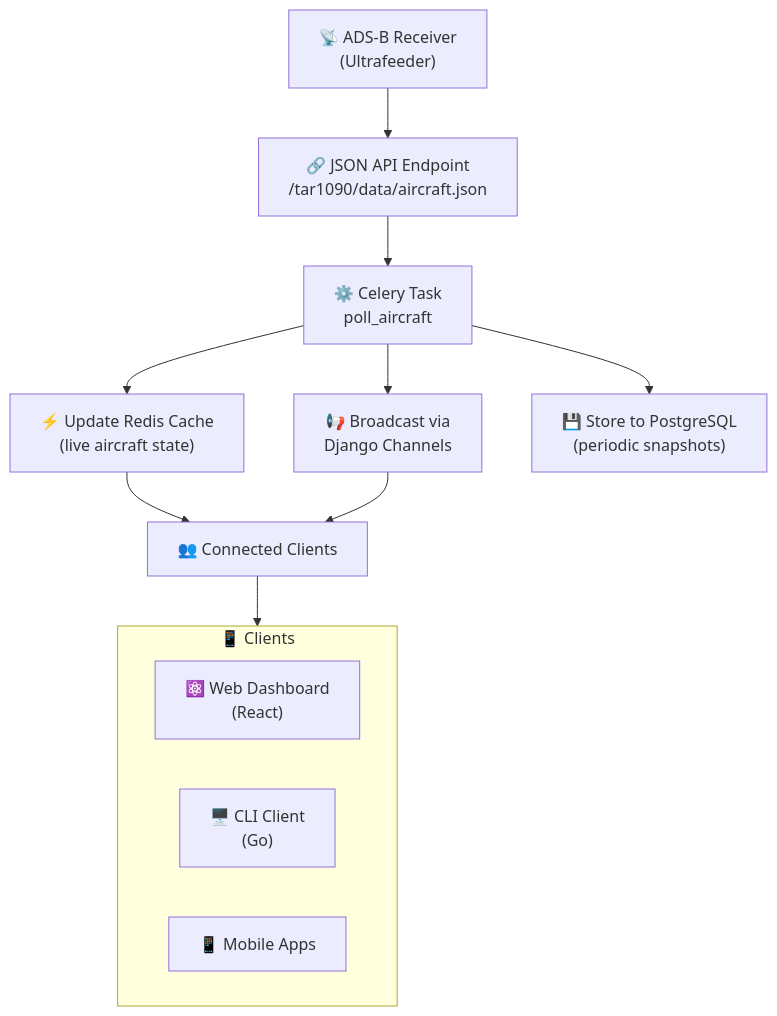
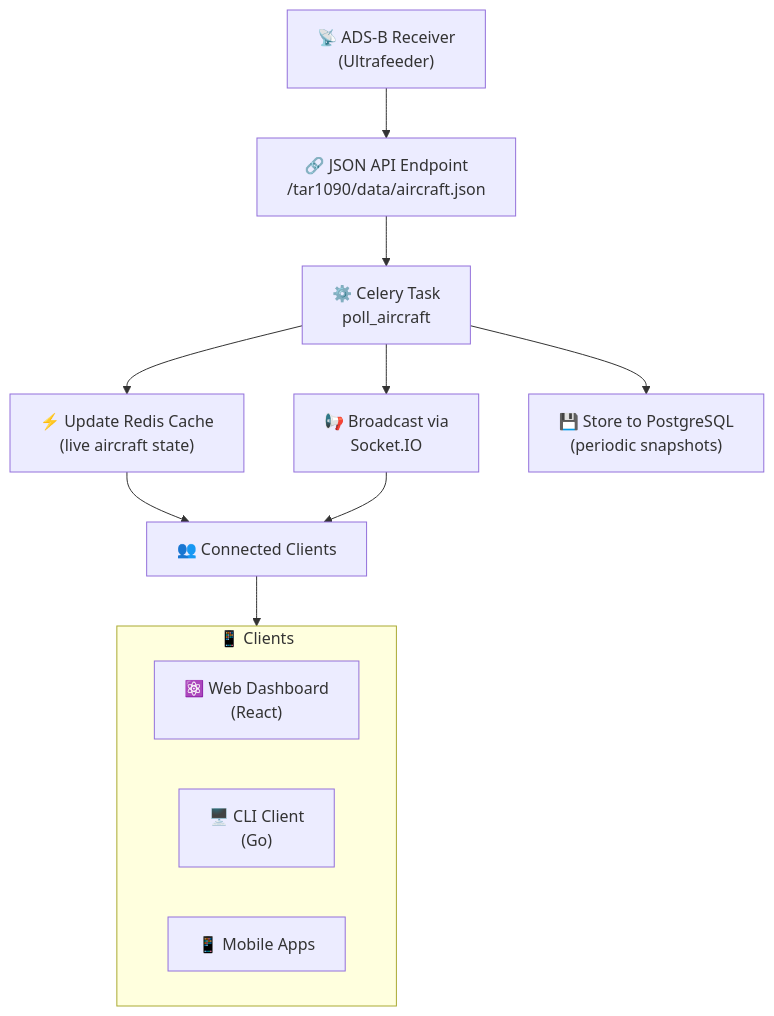
One commit to CHA0S-CORP/SkySpy changed the second of 4 diagrams in docs/01-overview.md. Above: the diagram before and after it, drawn with Mermaid. The commit also changed other lines of this file and 66 other files, not shown here.

````diff
--- a/docs/01-overview.md
+++ b/docs/01-overview.md
@@ -245,17 +245,17 @@
 ```mermaid
 flowchart TD
     A["📡 ADS-B Receiver<br/>(Ultrafeeder)"] --> B["🔗 JSON API Endpoint<br/>/tar1090/data/aircraft.json"]
     B --> C["⚙️ Celery Task<br/>poll_aircraft"]
     C --> D["⚡ Update Redis Cache<br/>(live aircraft state)"]
-    C --> E["📢 Broadcast via<br/>Django Channels"]
+    C --> E["📢 Broadcast via<br/>Socket.IO"]
     C --> F["💾 Store to PostgreSQL<br/>(periodic snapshots)"]
     D --> G["👥 Connected Clients"]
     E --> G
 
     subgraph clients["📱 Clients"]
         G1["⚛️ Web Dashboard<br/>(React)"]
         G2["🖥️ CLI Client<br/>(Go)"]
         G3["📱 Mobile Apps"]
     end
     G --> clients
 ```
````
